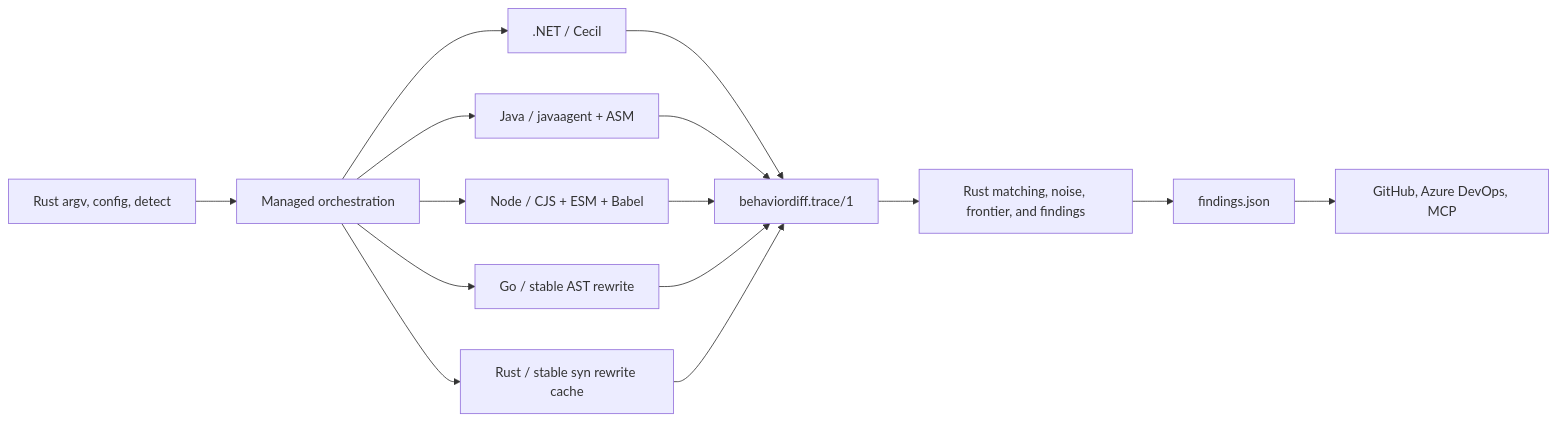
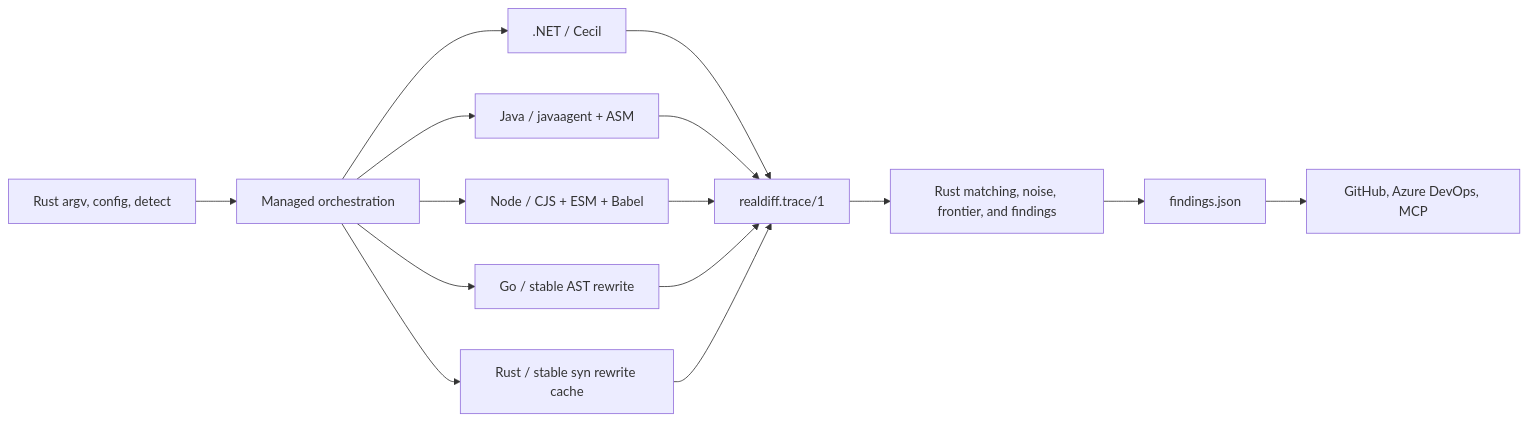
Before and after one commit to issacnitin/BehaviorDiff: the first of 2 diagrams in README.md, drawn with Mermaid. The commit also changed other lines of this file and 465 other files, not shown here.

````diff
--- a/README.md
+++ b/README.md
@@ -14,17 +14,17 @@
 ```mermaid
 flowchart LR
   L[Rust argv, config, detect] --> O[Managed orchestration]
   O --> D
   O --> J
   O --> N
   O --> G
   O --> R
-  D[.NET / Cecil] --> T[behaviordiff.trace/1]
+  D[.NET / Cecil] --> T[realdiff.trace/1]
   J[Java / javaagent + ASM] --> T
   N[Node / CJS + ESM + Babel] --> T
   G[Go / stable AST rewrite] --> T
   R[Rust / stable syn rewrite cache] --> T
   T --> E[Rust matching, noise, frontier, and findings]
   E --> F[findings.json]
   F --> P[GitHub, Azure DevOps, MCP]
 ```
````
